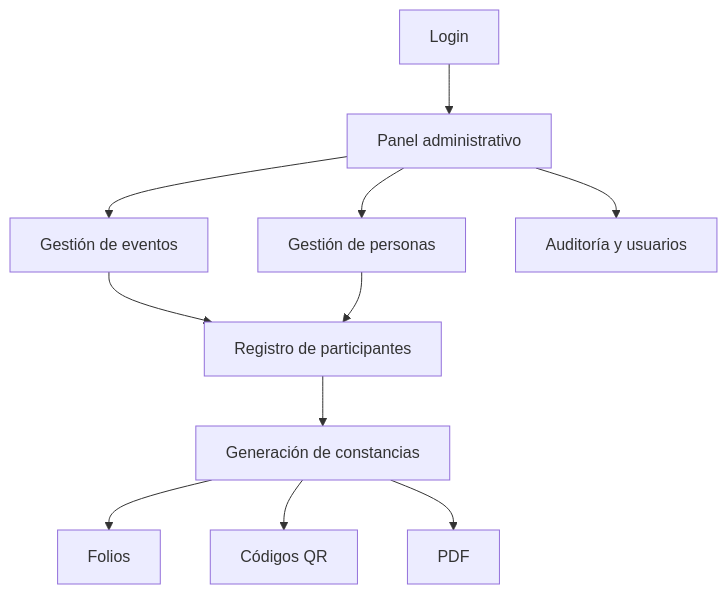
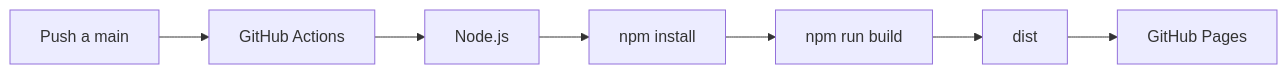
The fourth of 4 diagrams in README.md (gio-canto/Sistema-automatizado-de-gesti-n-de-constancias-SAGC-), drawn with Mermaid before and after one commit. The commit also changed other lines of this file, not shown here.

````diff
--- a/README.md
+++ b/README.md
@@ -709,13 +962,9 @@
 ```mermaid
-flowchart TD
-    A[Login] --> B[Panel administrativo]
-    B --> C[Gestión de eventos]
-    B --> D[Gestión de personas]
-    C --> E[Registro de participantes]
-    D --> E
-    E --> F[Generación de constancias]
-    F --> G[Folios]
-    F --> H[Códigos QR]
-    F --> I[PDF]
-    B --> J[Auditoría y usuarios]
+flowchart LR
+    A[Push a main] --> B[GitHub Actions]
+    B --> C[Node.js]
+    C --> D[npm install]
+    D --> E[npm run build]
+    E --> F[dist]
+    F --> G[GitHub Pages]
 ```
````
